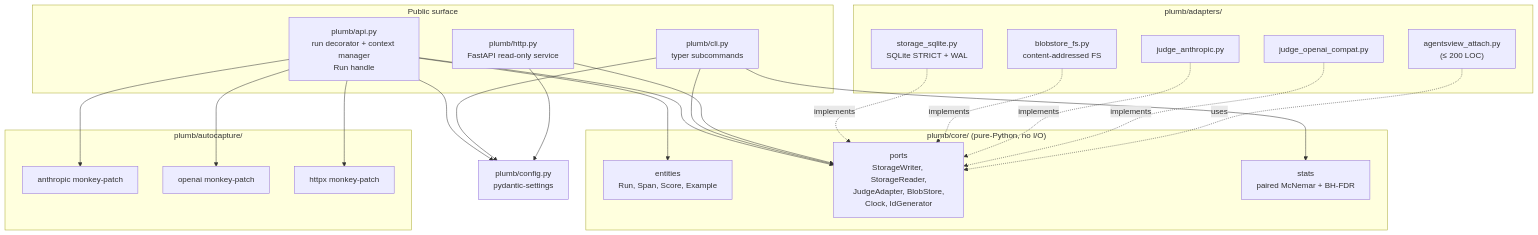
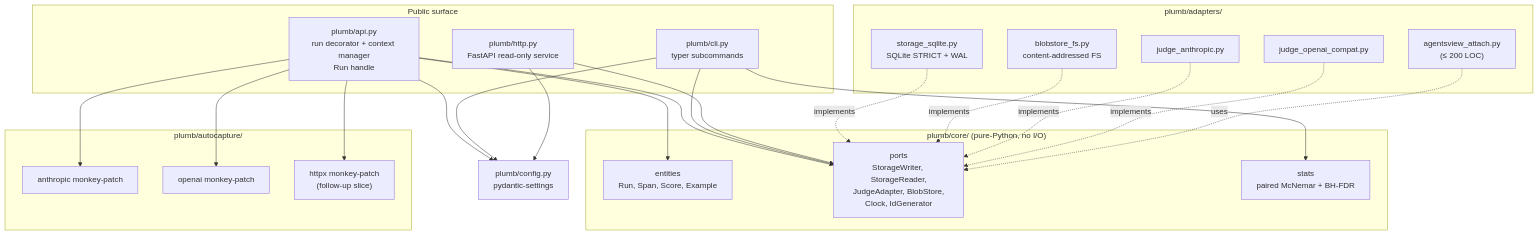
Before and after one commit to anant-gupta-utexas/plumb: the second of 8 diagrams in docs/2_architecture/SYSTEM_DESIGN.md, drawn with Mermaid. The commit also changed other lines of this file and 45 other files, not shown here.

````diff
--- a/docs/2_architecture/SYSTEM_DESIGN.md
+++ b/docs/2_architecture/SYSTEM_DESIGN.md
@@ -69,49 +69,49 @@
 ```mermaid
 graph TD
     subgraph publicSurface ["Public surface"]
         API["plumb/api.py<br/>run decorator + context manager<br/>Run handle"]
         CLI["plumb/cli.py<br/>typer subcommands"]
         HTTP["plumb/http.py<br/>FastAPI read-only service"]
     end
 
     subgraph coreLayer ["plumb/core/ (pure-Python, no I/O)"]
         Entities["entities<br/>Run, Span, Score, Example"]
         Ports["ports<br/>StorageWriter, StorageReader,<br/>JudgeAdapter, BlobStore,<br/>Clock, IdGenerator"]
         Stats["stats<br/>paired McNemar + BH-FDR"]
     end
 
     subgraph autocapture ["plumb/autocapture/"]
         ACAnthropic["anthropic monkey-patch"]
         ACOpenAI["openai monkey-patch"]
-        ACHttpx["httpx monkey-patch"]
+        ACHttpx["httpx monkey-patch<br/>(follow-up slice)"]
     end
 
     subgraph adapters ["plumb/adapters/"]
         Storage["storage_sqlite.py<br/>SQLite STRICT + WAL"]
         Blobs["blobstore_fs.py<br/>content-addressed FS"]
         JudgeA["judge_anthropic.py"]
         JudgeO["judge_openai_compat.py"]
         Attach["agentsview_attach.py<br/>(≤ 200 LOC)"]
     end
 
     Config["plumb/config.py<br/>pydantic-settings"]
 
     API --> Entities
     API --> Ports
     CLI --> Ports
     CLI --> Stats
     HTTP --> Ports
     API --> ACAnthropic
     API --> ACOpenAI
     API --> ACHttpx
 
     Storage -.implements.-> Ports
     Blobs -.implements.-> Ports
     JudgeA -.implements.-> Ports
     JudgeO -.implements.-> Ports
     Attach -.uses.-> Ports
 
     API --> Config
     CLI --> Config
     HTTP --> Config
 ```
````
